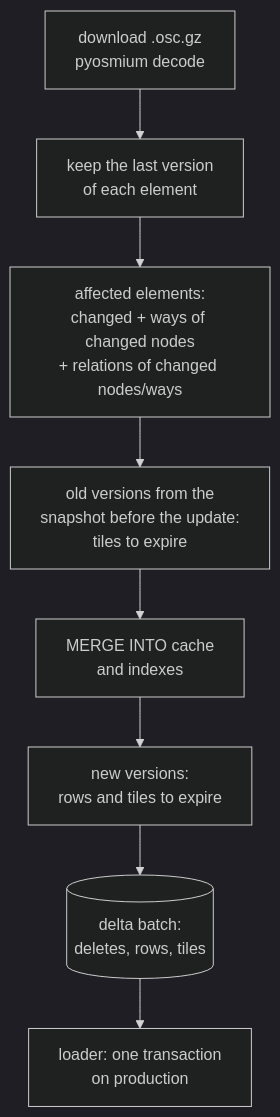
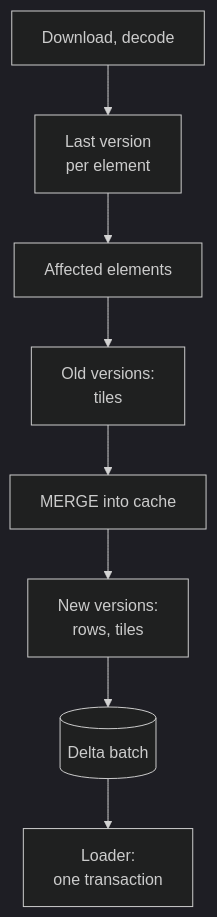
The third of 5 diagrams in docs/design.md (johngian/osm-spark-import), drawn with Mermaid (dark theme) before and after one commit. The commit also changed other lines of this file and 2 other files, not shown here.

Commit message:
Make diagrams fit small screens

````diff
--- a/docs/design.md
+++ b/docs/design.md
@@ -107,10 +82,10 @@
 ```mermaid
 flowchart TB
-    a[download .osc.gz<br/>pyosmium decode] --> b[keep the last version<br/>of each element]
-    b --> c[affected elements:<br/>changed + ways of changed nodes<br/>+ relations of changed nodes/ways]
-    c --> d[old versions from the<br/>snapshot before the update:<br/>tiles to expire]
-    d --> e[MERGE INTO cache<br/>and indexes]
-    e --> f[new versions:<br/>rows and tiles to expire]
-    f --> g[(delta batch:<br/>deletes, rows, tiles)]
-    g --> h[loader: one transaction<br/>on production]
+    a[Download, decode] --> b[Last version<br/>per element]
+    b --> c[Affected elements]
+    c --> d[Old versions:<br/>tiles]
+    d --> e[MERGE into cache]
+    e --> f[New versions:<br/>rows, tiles]
+    f --> g[(Delta batch)]
+    g --> h[Loader:<br/>one transaction]
 ```
````
